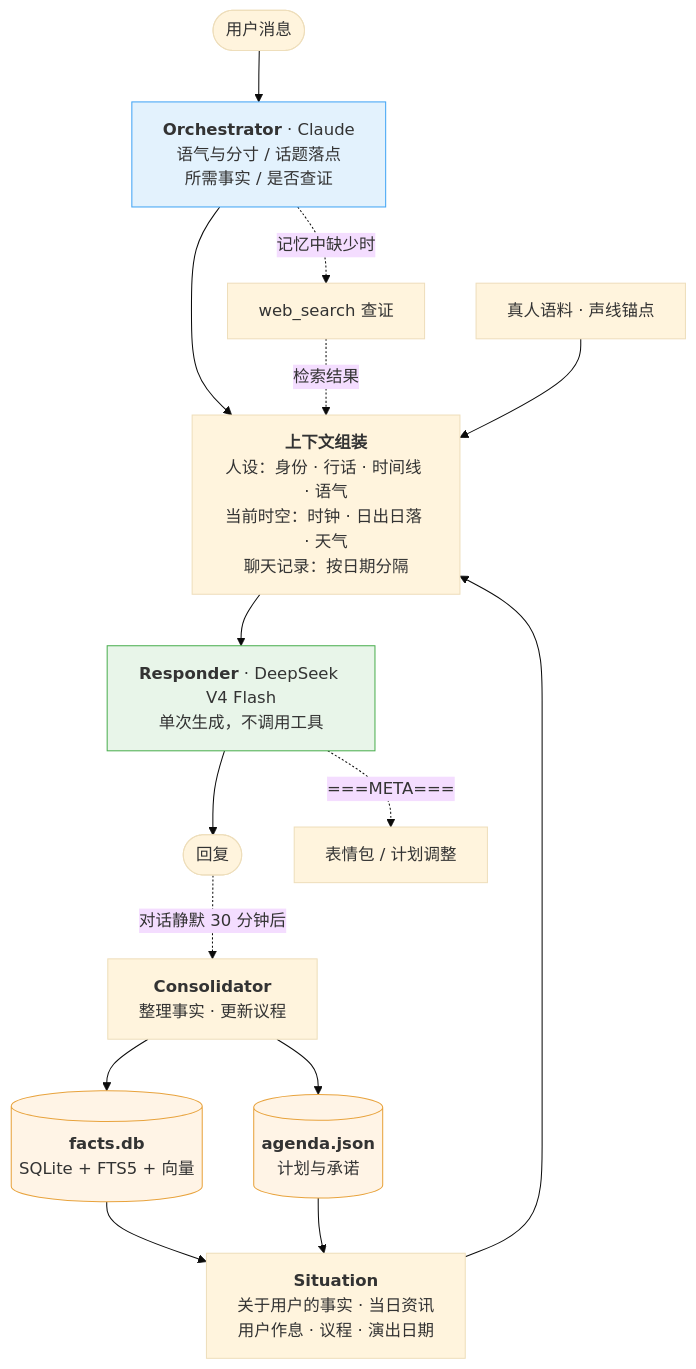
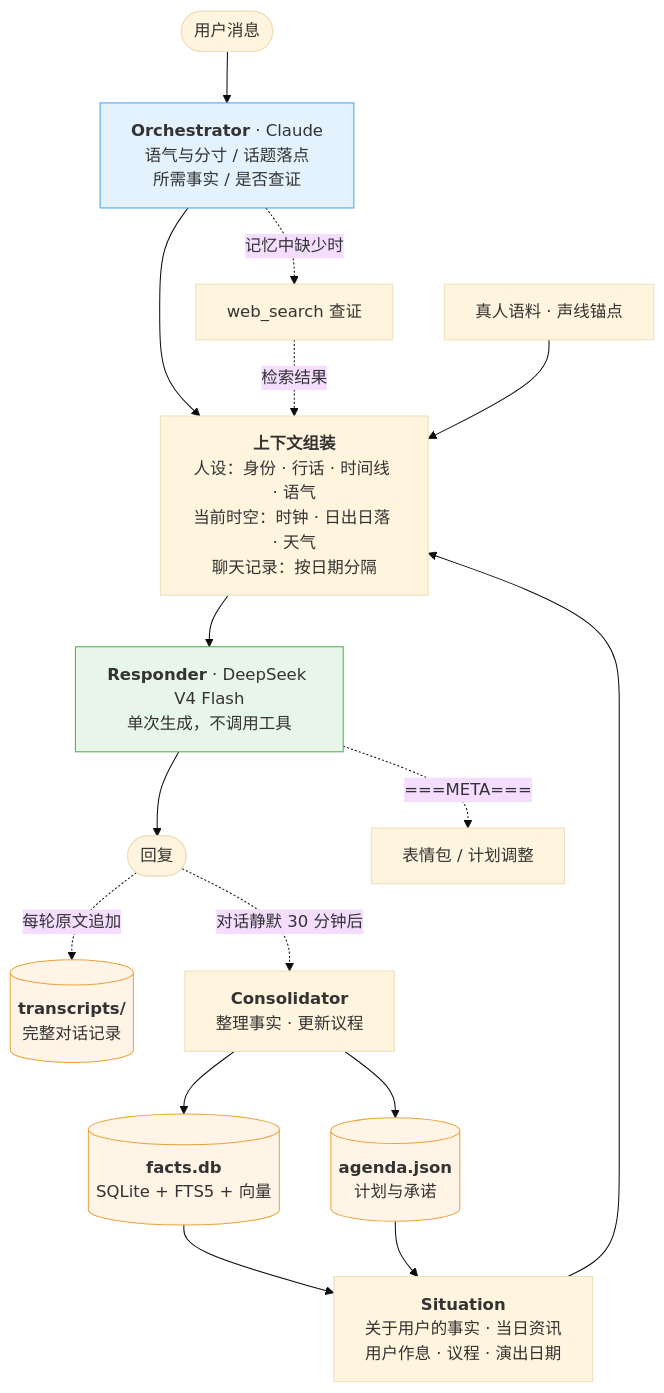
One commit to zqf20096327/ai_collect changed the first of 2 diagrams in data/readmes/SnowWarri0r__lingxi.md. Above: the diagram before and after it, drawn with Mermaid (base theme). The commit also changed other lines of this file and 3185 other files, not shown here.

````diff
--- a/data/readmes/SnowWarri0r__lingxi.md
+++ b/data/readmes/SnowWarri0r__lingxi.md
@@ -107,35 +108,37 @@
 ```mermaid
 flowchart TB
     U(["用户消息"]) --> ORCH
 
     ORCH["<b>Orchestrator</b> · Claude<br/>语气与分寸 / 话题落点<br/>所需事实 / 是否查证"]
 
     ORCH -. "记忆中缺少时" .-> LOOKUP["web_search 查证"]
 
     SIT["<b>Situation</b><br/>关于用户的事实 · 当日资讯<br/>用户作息 · 议程 · 演出日期"]
     DB[("<b>facts.db</b><br/>SQLite + FTS5 + 向量")]
     AG[("<b>agenda.json</b><br/>计划与承诺")]
     DB --> SIT
     AG --> SIT
 
     ORCH --> CTX
     SIT --> CTX
     LOOKUP -. "检索结果" .-> CTX
     FS["真人语料 · 声线锚点"] --> CTX
 
     CTX["<b>上下文组装</b><br/>人设：身份 · 行话 · 时间线 · 语气<br/>当前时空：时钟 · 日出日落 · 天气<br/>聊天记录：按日期分隔"]
 
     CTX --> RESP["<b>Responder</b> · DeepSeek V4 Flash<br/>单次生成，不调用工具"]
 
     RESP --> OUT(["回复"])
     RESP -. "===META===" .-> META["表情包 / 计划调整"]
 
+    OUT -. "每轮原文追加" .-> TR[("<b>transcripts/</b><br/>完整对话记录")]
     OUT -. "对话静默 30 分钟后" .-> CONS["<b>Consolidator</b><br/>整理事实 · 更新议程"]
     CONS --> DB
     CONS --> AG
 
     style DB fill:#fff4e6,stroke:#e8a33d
     style AG fill:#fff4e6,stroke:#e8a33d
+    style TR fill:#fff4e6,stroke:#e8a33d
     style RESP fill:#e8f5e9,stroke:#4caf50
     style ORCH fill:#e3f2fd,stroke:#42a5f5
 ```
````
